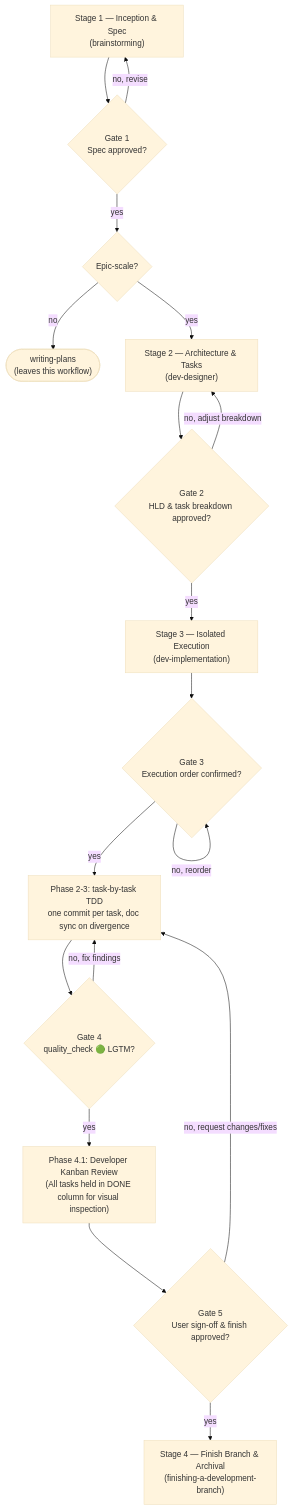
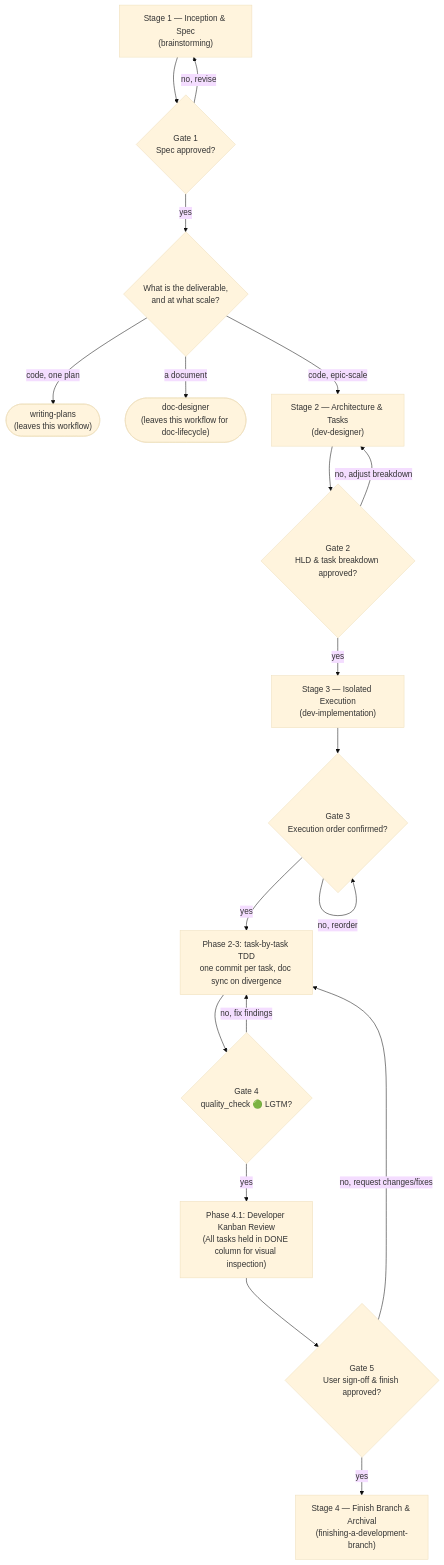
One commit to DanhDue/ai-agent-tools changed the diagram in skills/dev-lifecycle/SKILL.md. Above: the diagram before and after it, drawn with Mermaid (base theme). The commit also changed other lines of this file, not shown here.

Commit message:
[DOC_LIFECYCLE] Align dev-lifecycle's routing diagram with its prose
- the diagram was still a binary Epic-scale yes/no after task 7 added the document exit
- name dev-designer in the epic-scale bullet, as the other two routes name theirs
- audit every diagram in the touched skills; no other drift found

````diff
--- a/skills/dev-lifecycle/SKILL.md
+++ b/skills/dev-lifecycle/SKILL.md
@@ -22,35 +22,37 @@
 ```mermaid
 flowchart TD
     S1["Stage 1 — Inception &amp; Spec<br/>(brainstorming)"]
     G1{"Gate 1<br/>Spec approved?"}
-    ROUTE{"Epic-scale?"}
+    ROUTE{"What is the deliverable,<br/>and at what scale?"}
     PLANS(["writing-plans<br/>(leaves this workflow)"])
+    DOCD(["doc-designer<br/>(leaves this workflow for doc-lifecycle)"])
     S2["Stage 2 — Architecture &amp; Tasks<br/>(dev-designer)"]
     G2{"Gate 2<br/>HLD &amp; task breakdown approved?"}
     S3["Stage 3 — Isolated Execution<br/>(dev-implementation)"]
     G3{"Gate 3<br/>Execution order confirmed?"}
     EXEC["Phase 2-3: task-by-task TDD<br/>one commit per task, doc sync on divergence"]
     G4{"Gate 4<br/>quality_check 🟢 LGTM?"}
     REVIEW["Phase 4.1: Developer Kanban Review<br/>(All tasks held in DONE column for visual inspection)"]
     G5{"Gate 5<br/>User sign-off &amp; finish approved?"}
     S4["Stage 4 — Finish Branch &amp; Archival<br/>(finishing-a-development-branch)"]
 
     S1 --> G1
     G1 -->|no, revise| S1
     G1 -->|yes| ROUTE
-    ROUTE -->|no| PLANS
-    ROUTE -->|yes| S2
+    ROUTE -->|"code, one plan"| PLANS
+    ROUTE -->|"a document"| DOCD
+    ROUTE -->|"code, epic-scale"| S2
     S2 --> G2
     G2 -->|no, adjust breakdown| S2
     G2 -->|yes| S3
     S3 --> G3
     G3 -->|no, reorder| G3
     G3 -->|yes| EXEC
     EXEC --> G4
     G4 -->|no, fix findings| EXEC
     G4 -->|yes| REVIEW
     REVIEW --> G5
     G5 -->|no, request changes/fixes| EXEC
     G5 -->|yes| S4
 
 ```
````
